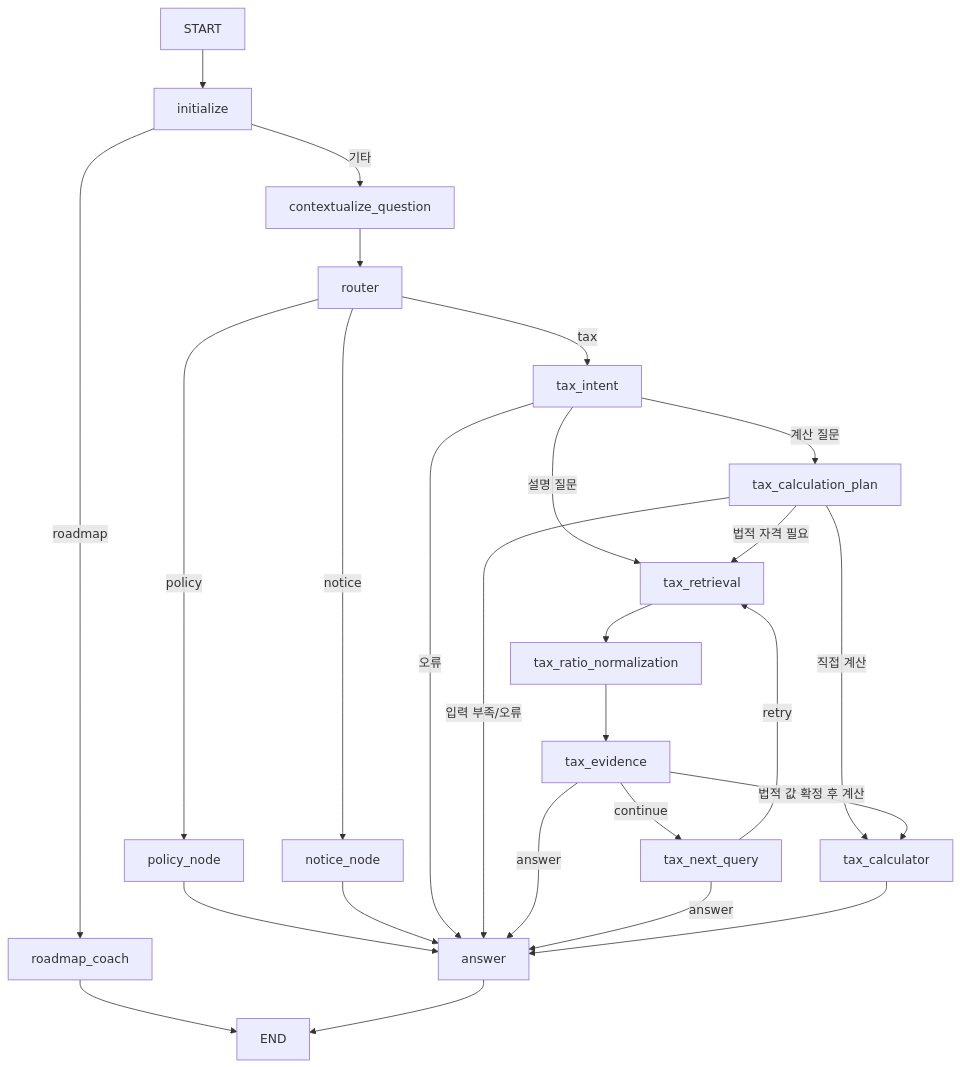
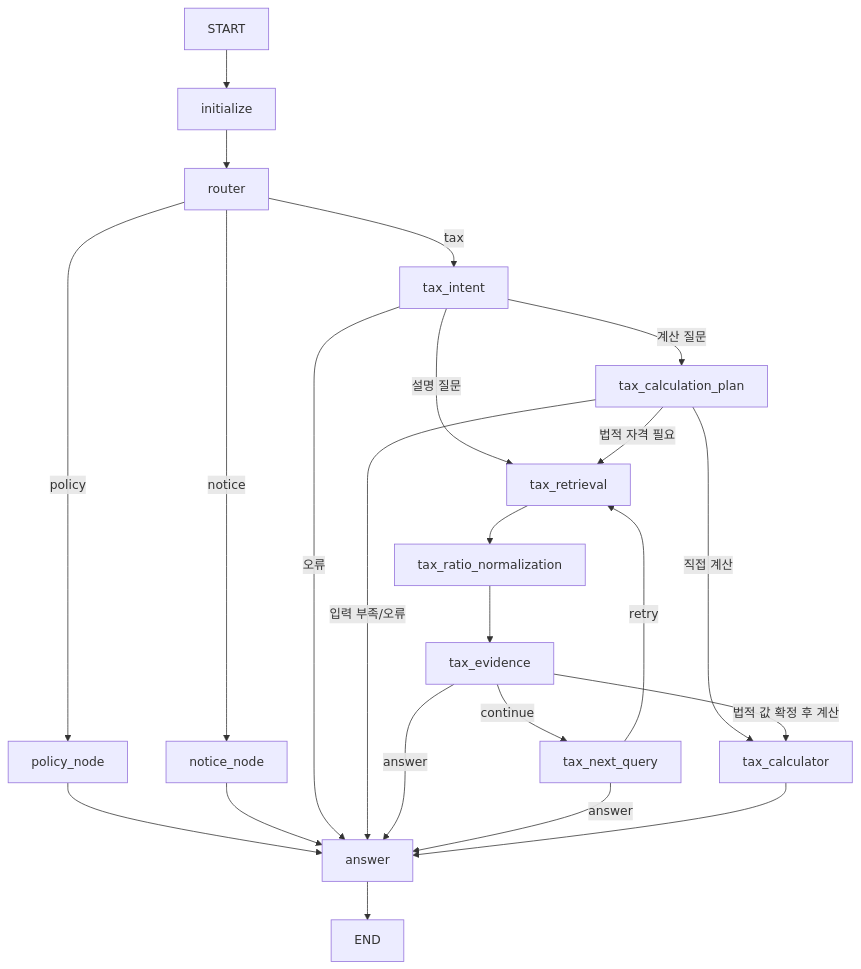
Before and after one commit to SKNETWORKS-FAMILY-AICAMP/SKN34-3rd-3Team: the diagram in LLM/LANGGRAPH_ARCHITECTURE.md, drawn with Mermaid. The commit also changed other lines of this file and 29 other files, not shown here.

````diff
--- a/LLM/LANGGRAPH_ARCHITECTURE.md
+++ b/LLM/LANGGRAPH_ARCHITECTURE.md
@@ -148,36 +132,33 @@
 ```mermaid
 flowchart TD
     START --> initialize
-    initialize -->|roadmap| roadmap_coach
-    roadmap_coach --> END
-    initialize -->|기타| contextualize_question
-    contextualize_question --> router
+    initialize --> router
 
     router -->|policy| policy_node
     policy_node --> answer
 
     router -->|notice| notice_node
     notice_node --> answer
 
     router -->|tax| tax_intent
     tax_intent -->|설명 질문| tax_retrieval
     tax_intent -->|계산 질문| tax_calculation_plan
     tax_intent -->|오류| answer
 
     tax_calculation_plan -->|입력 부족/오류| answer
     tax_calculation_plan -->|직접 계산| tax_calculator
     tax_calculation_plan -->|법적 자격 필요| tax_retrieval
 
     tax_retrieval --> tax_ratio_normalization
     tax_ratio_normalization --> tax_evidence
 
     tax_evidence -->|continue| tax_next_query
     tax_evidence -->|answer| answer
     tax_evidence -->|법적 값 확정 후 계산| tax_calculator
 
     tax_next_query -->|retry| tax_retrieval
     tax_next_query -->|answer| answer
 
     tax_calculator --> answer
     answer --> END
 ```
````
